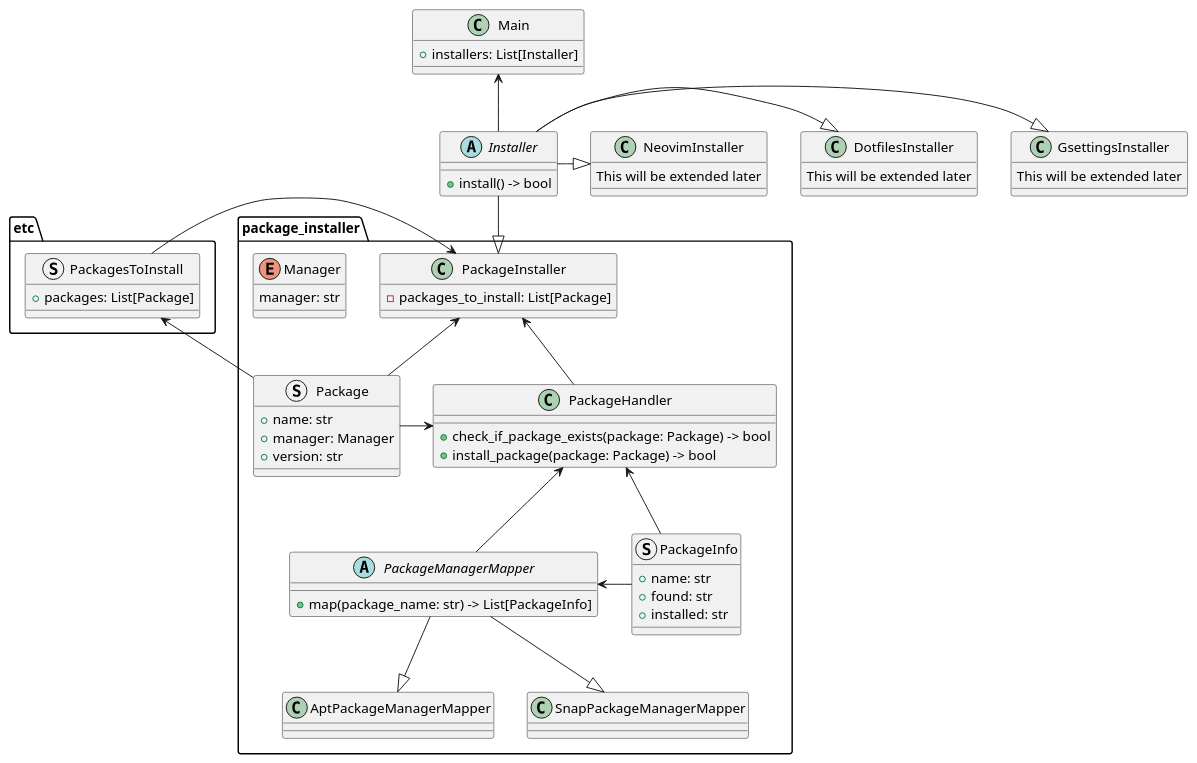
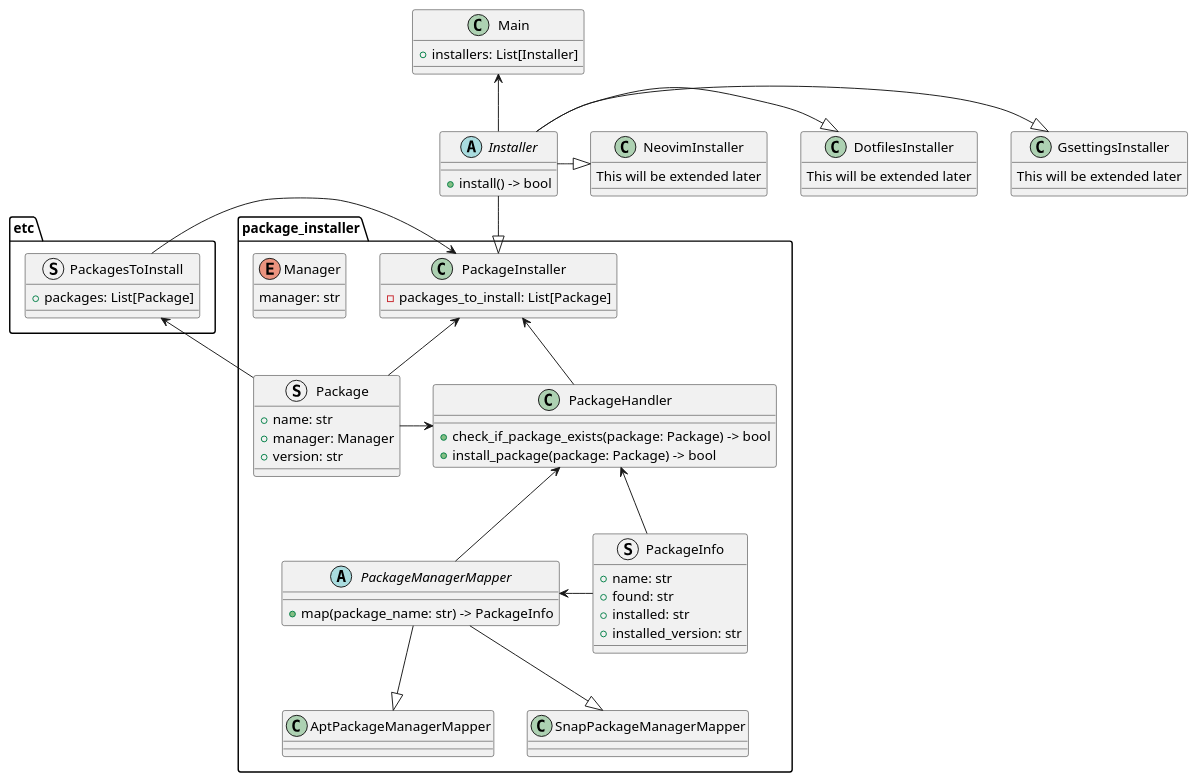
The diagram in docs/designs/dotfiles_design.puml (LuukHenk/dotfiles), drawn with PlantUML before and after one commit. The commit also changed 17 other files, not shown here.

```diff
--- a/docs/designs/dotfiles_design.puml
+++ b/docs/designs/dotfiles_design.puml
@@ -1,76 +1,77 @@
 @startuml dotfiles design
 
 package package_installer {
 
     struct Package {
         + name: str
         + manager: Manager
         + version: str
     }
     enum Manager {
         manager: str
     }
 
     abstract PackageManagerMapper {
-        + map(package_name: str) -> List[PackageInfo]
+        + map(package_name: str) -> PackageInfo
     }
     class AptPackageManagerMapper
     class SnapPackageManagerMapper
 
     class PackageHandler {
         + check_if_package_exists(package: Package) -> bool
         + install_package(package: Package) -> bool
     }
     class PackageInstaller {
         - packages_to_install: List[Package]
     }
 
     struct PackageInfo {
         + name: str
         + found: str
         + installed: str
+        + installed_version: str
     }
 }
 
 class Main {
     + installers: List[Installer]
 }
 
 abstract Installer {
     + install() -> bool
 }
 
 class DotfilesInstaller {
     This will be extended later
 }
 class GsettingsInstaller {
     This will be extended later
 }
 class NeovimInstaller {
     This will be extended later
 }
 
 package etc {
     struct PackagesToInstall {
         + packages: List[Package]
     }
 }
 
 Main <-- Installer
 Installer --|> PackageInstaller
 Installer -|> DotfilesInstaller
 Installer -|> NeovimInstaller
 Installer -|> GsettingsInstaller
 PackageManagerMapper --|> AptPackageManagerMapper
 PackageManagerMapper --|> SnapPackageManagerMapper
 PackageHandler <-- PackageManagerMapper
 PackageInstaller <-- PackageHandler
 PackageInstaller <- PackagesToInstall
 
 PackageHandler <- Package
 PackageHandler <- PackageInfo
 PackageManagerMapper <- PackageInfo
 
 PackageInstaller <-- Package
 PackagesToInstall <- Package
 @enduml
```
